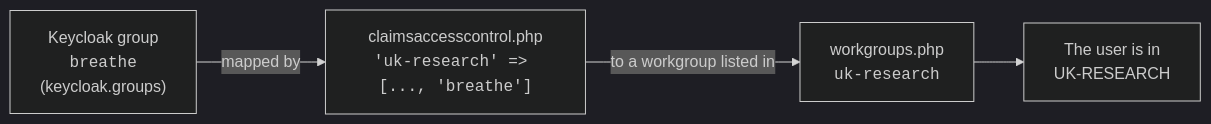
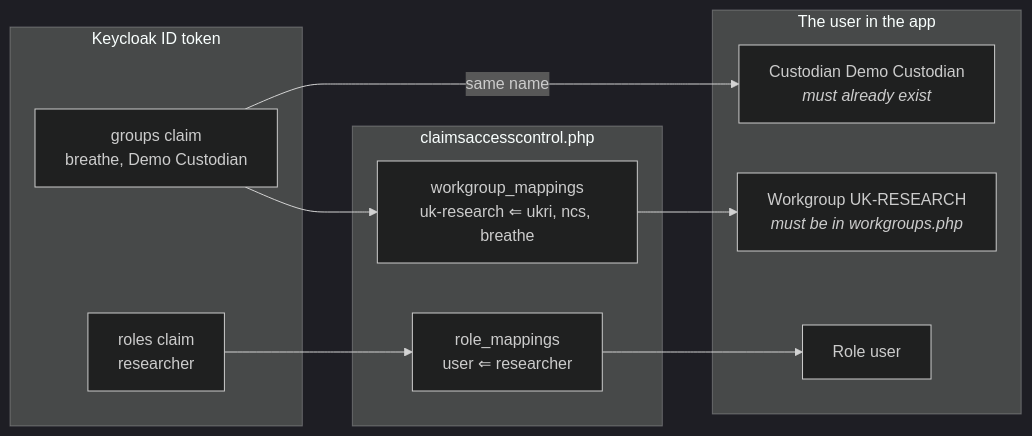
Before and after one commit to HDRUK/cohort-discovery-service-stack: the diagram in docs/customising/identity-and-access.md, drawn with Mermaid (dark theme). The commit also changed other lines of this file, not shown here.

Commit message:
docs: redraw the identity mapping diagram
The old diagram was a squashed chain of four boxes with code in them,
and showed only how a group becomes a workgroup. The new one follows an
example user's groups and roles claims through claimsaccesscontrol.php
to all three things sign-in sets: workgroups, roles and custodians,
noting what must exist beforehand.

````diff
--- a/docs/customising/identity-and-access.md
+++ b/docs/customising/identity-and-access.md
@@ -7,6 +7,19 @@
 ```mermaid
 flowchart LR
-  kc["Keycloak group<br/><code>breathe</code><br/>(keycloak.groups)"] -- mapped by --> map["claimsaccesscontrol.php<br/><code>'uk-research' => [..., 'breathe']</code>"]
-  map -- to a workgroup listed in --> wg["workgroups.php<br/><code>uk-research</code>"]
-  wg --> app["The user is in<br/>UK-RESEARCH"]
+  subgraph token["Keycloak ID token"]
+    groups["groups claim<br/>breathe, Demo Custodian"]
+    roles["roles claim<br/>researcher"]
+  end
+  subgraph map["claimsaccesscontrol.php"]
+    wm["workgroup_mappings<br/>uk-research ⇐ ukri, ncs, breathe"]
+    rm["role_mappings<br/>user ⇐ researcher"]
+  end
+  subgraph app["The user in the app"]
+    wg["Workgroup UK-RESEARCH<br/><i>must be in workgroups.php</i>"]
+    role["Role user"]
+    cust["Custodian Demo Custodian<br/><i>must already exist</i>"]
+  end
+  groups --> wm --> wg
+  roles --> rm --> role
+  groups -- same name --> cust
 ```
````
